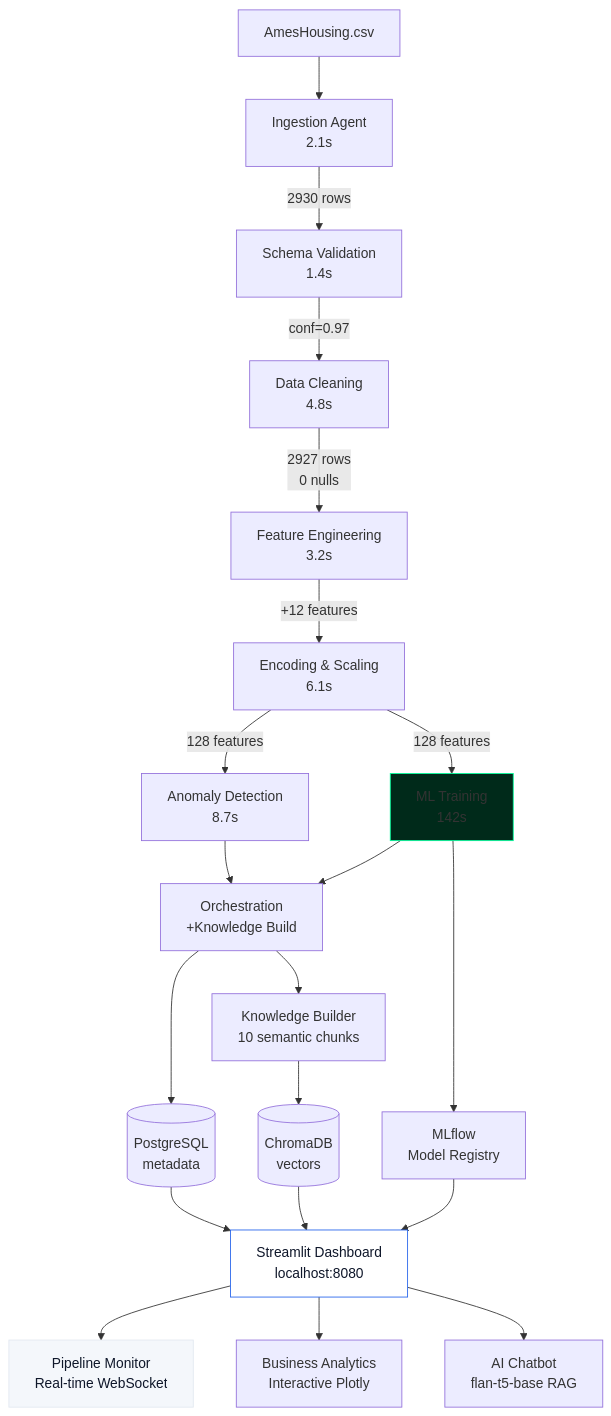
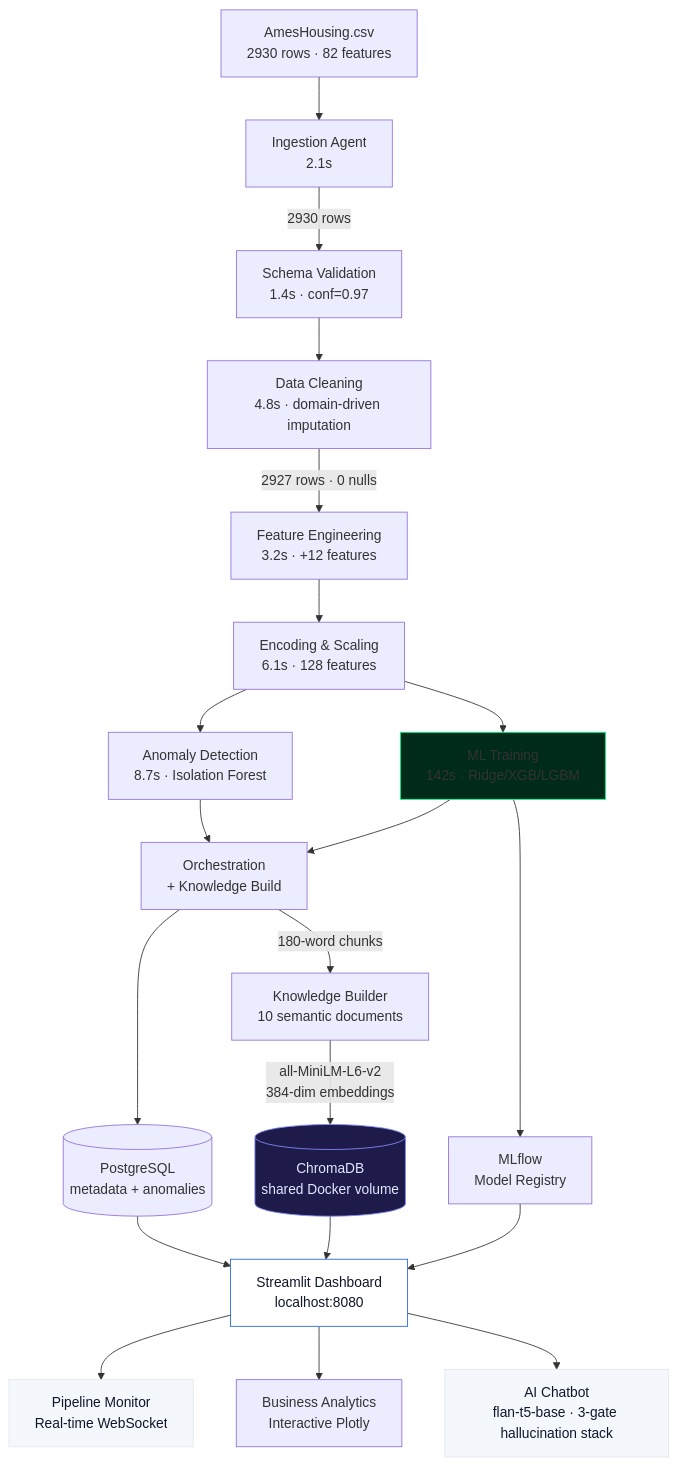
The first of 2 diagrams in README.md (iammohith/Ames-Housing-Intelligent-Platform), drawn with Mermaid before and after one commit. The commit also changed other lines of this file, not shown here.

````diff
--- a/README.md
+++ b/README.md
@@ -31,22 +31,24 @@
 ```mermaid
 flowchart TD
-    CSV[AmesHousing.csv] --> A1[Ingestion Agent<br/>2.1s]
-    A1 -->|2930 rows| A2[Schema Validation<br/>1.4s]
-    A2 -->|conf=0.97| A3[Data Cleaning<br/>4.8s]
-    A3 -->|2927 rows<br/>0 nulls| A4[Feature Engineering<br/>3.2s]
-    A4 -->|+12 features| A5[Encoding & Scaling<br/>6.1s]
-    A5 -->|128 features| A6[Anomaly Detection<br/>8.7s]
-    A5 -->|128 features| A7[ML Training<br/>142s]
-    A6 & A7 --> A8[Orchestration<br/>+Knowledge Build]
-    A8 --> PG[(PostgreSQL<br/>metadata)]
+    CSV[AmesHousing.csv<br/>2930 rows · 82 features] --> A1[Ingestion Agent<br/>2.1s]
+    A1 -->|2930 rows| A2[Schema Validation<br/>1.4s · conf=0.97]
+    A2 --> A3[Data Cleaning<br/>4.8s · domain-driven imputation]
+    A3 -->|2927 rows · 0 nulls| A4[Feature Engineering<br/>3.2s · +12 features]
+    A4 --> A5[Encoding & Scaling<br/>6.1s · 128 features]
+    A5 --> A6[Anomaly Detection<br/>8.7s · Isolation Forest]
+    A5 --> A7[ML Training<br/>142s · Ridge/XGB/LGBM]
+    A6 & A7 --> A8[Orchestration<br/>+ Knowledge Build]
+    A8 --> PG[(PostgreSQL<br/>metadata + anomalies)]
     A7 --> MLF[MLflow<br/>Model Registry]
-    A8 --> KB[Knowledge Builder<br/>10 semantic chunks]
-    KB --> CDB[(ChromaDB<br/>vectors)]
+    A8 -->|180-word chunks| KB[Knowledge Builder<br/>10 semantic documents]
+    KB -->|all-MiniLM-L6-v2<br/>384-dim embeddings| CDB[(ChromaDB<br/>shared Docker volume)]
     PG & MLF & CDB --> DASH[Streamlit Dashboard<br/>localhost:8080]
     DASH --> P1[Pipeline Monitor<br/>Real-time WebSocket]
     DASH --> P2[Business Analytics<br/>Interactive Plotly]
-    DASH --> P3[AI Chatbot<br/>flan-t5-base RAG]
+    DASH --> P3[AI Chatbot<br/>flan-t5-base · 3-gate hallucination stack]
     style A7 fill:#002A1A,stroke:#00FF9C
     style DASH fill:#FFFFFF,stroke:#2563EB,color:#0F172A
     style P1 fill:#F4F7FB,stroke:#E2E8F0,color:#0F172A
+    style P3 fill:#F4F7FB,stroke:#E2E8F0,color:#0F172A
+    style CDB fill:#1E1B4B,stroke:#818CF8,color:#E0E7FF
 ```
````
